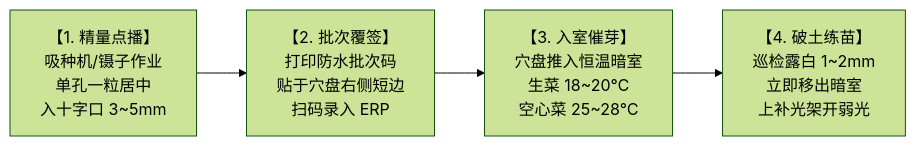
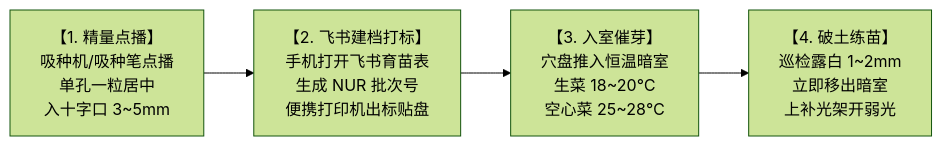
Before and after one commit to digitalboy/aquaponics: the diagram in docs/04_subsystems/02_hydroponics/sop_kanban/KB-02_精量播种与暗室催芽工位看板.md, drawn with Mermaid (forest theme). The commit also changed other lines of this file and 9 other files, not shown here.

````diff
--- a/docs/04_subsystems/02_hydroponics/sop_kanban/KB-02_精量播种与暗室催芽工位看板.md
+++ b/docs/04_subsystems/02_hydroponics/sop_kanban/KB-02_精量播种与暗室催芽工位看板.md
@@ -21,5 +21,5 @@
 ```mermaid
 flowchart LR
-    A["【1. 精量点播】<br>吸种机/镊子作业<br>单孔一粒居中<br>入十字口 3~5mm"] --> B["【2. 批次覆签】<br>打印防水批次码<br>贴于穴盘右侧短边<br>扫码录入 ERP"]
+    A["【1. 精量点播】<br>吸种机/吸种笔点播<br>单孔一粒居中<br>入十字口 3~5mm"] --> B["【2. 飞书建档打标】<br>手机打开飞书育苗表<br>生成 NUR 批次号<br>便携打印机出标贴盘"]
     B --> C["【3. 入室催芽】<br>穴盘推入恒温暗室<br>生菜 18~20℃<br>空心菜 25~28℃"] --> D["【4. 破土练苗】<br>巡检露白 1~2mm<br>立即移出暗室<br>上补光架开弱光"]
 ```
````
